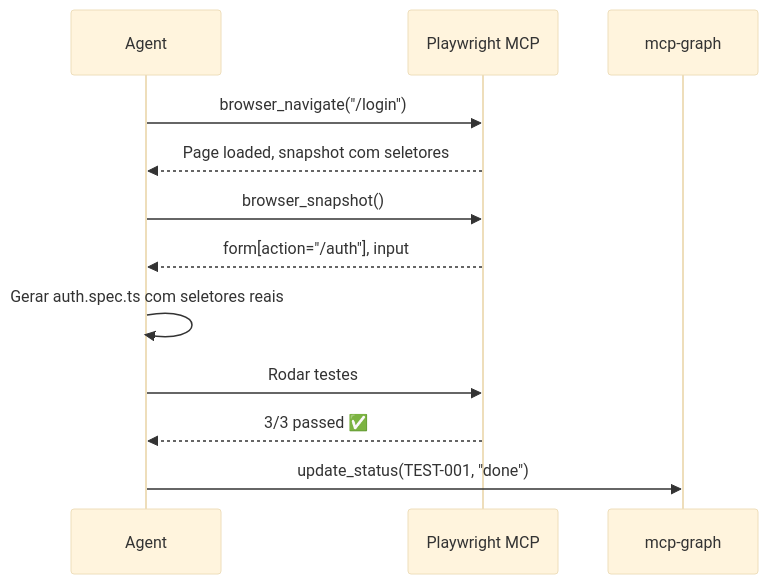
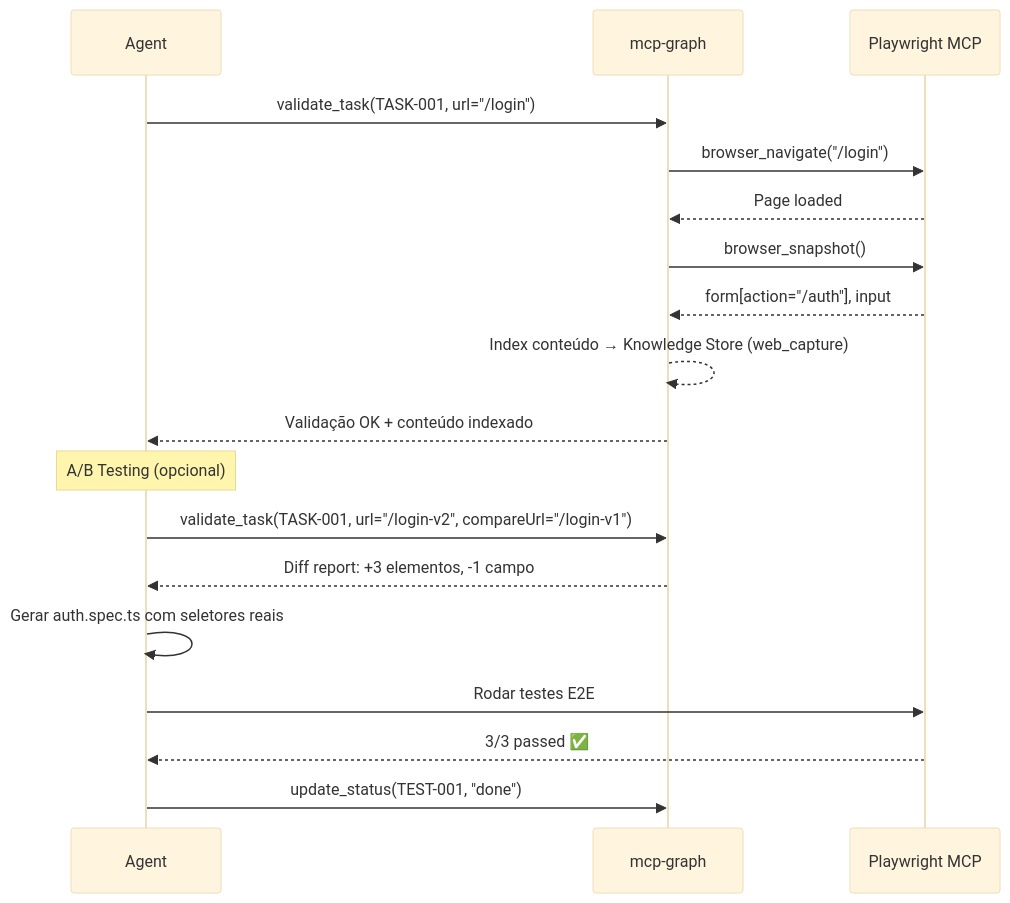
The tenth of 19 diagrams in docs/LIFECYCLE.md (sraphaz/mcp-graph-workflow), drawn with Mermaid (base theme) before and after one commit. The commit also changed other lines of this file, not shown here.

Commit message:
chore: update architecture and knowledge pipeline details in LIFECYCLE.md

````diff
--- a/docs/LIFECYCLE.md
+++ b/docs/LIFECYCLE.md
@@ -253,15 +358,23 @@
 ```mermaid
 sequenceDiagram
     participant A as Agent
+    participant MCP as mcp-graph
     participant PW as Playwright MCP
-    participant MCP as mcp-graph
 
-    A->>PW: browser_navigate("/login")
-    PW-->>A: Page loaded, snapshot com seletores
-    A->>PW: browser_snapshot()
-    PW-->>A: form[action="/auth"], input#email, input#password, button#submit
+    A->>MCP: validate_task(TASK-001, url="/login")
+    MCP->>PW: browser_navigate("/login")
+    PW-->>MCP: Page loaded
+    MCP->>PW: browser_snapshot()
+    PW-->>MCP: form[action="/auth"], input#email, input#password
+    MCP-->>MCP: Index conteúdo → Knowledge Store (web_capture)
+    MCP-->>A: Validação OK + conteúdo indexado
+
+    Note over A: A/B Testing (opcional)
+    A->>MCP: validate_task(TASK-001, url="/login-v2", compareUrl="/login-v1")
+    MCP-->>A: Diff report: +3 elementos, -1 campo
+
     A->>A: Gerar auth.spec.ts com seletores reais
-    A->>PW: Rodar testes
+    A->>PW: Rodar testes E2E
     PW-->>A: 3/3 passed ✅
     A->>MCP: update_status(TEST-001, "done")
 ```
````
